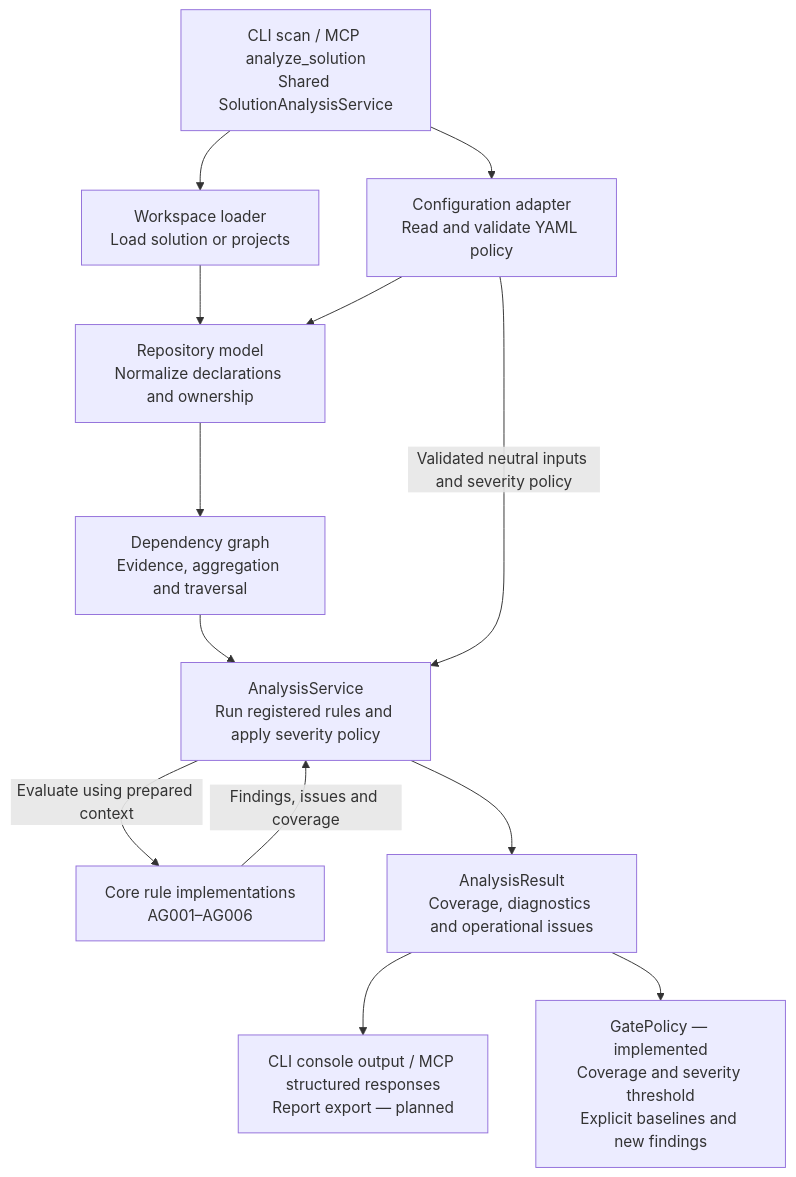
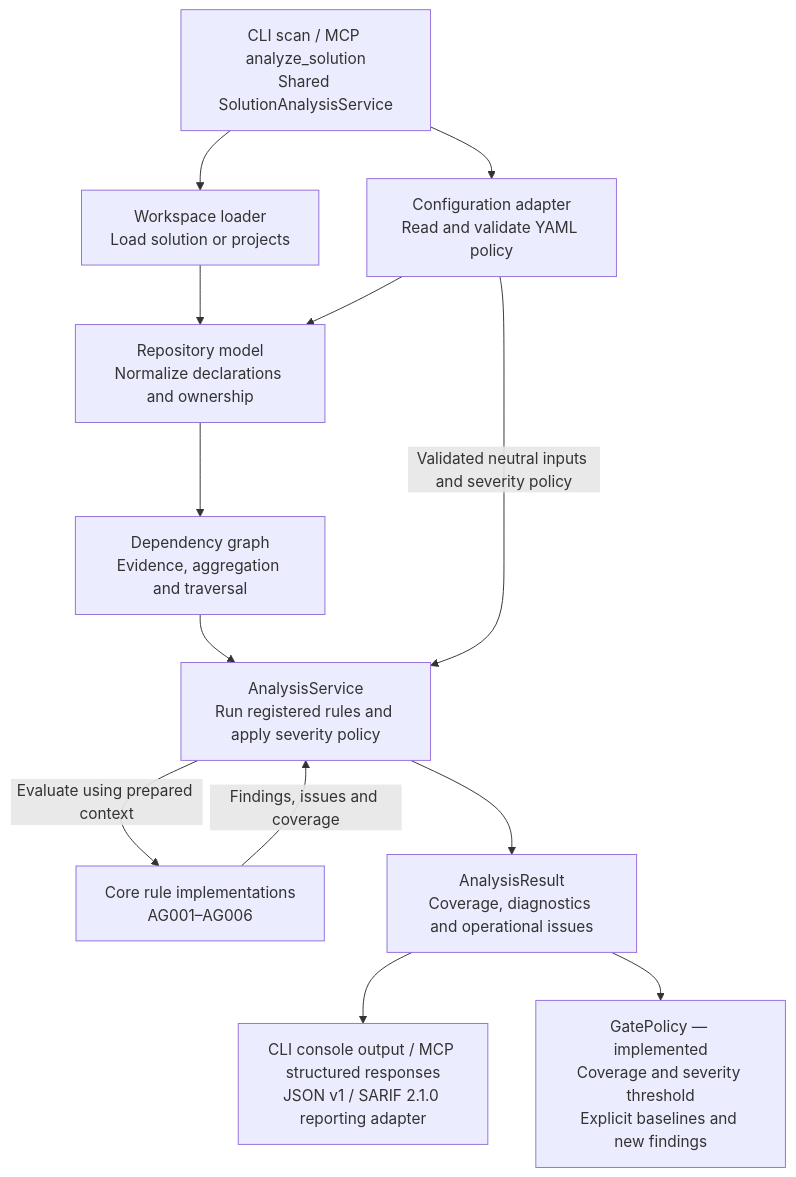
The second of 3 diagrams in docs/architecture/overview.md (kbourzayq/arch-guard), drawn with Mermaid before and after one commit. The commit also changed other lines of this file and 51 other files, not shown here.

First line of the commit message:
feat(reporting): export versioned JSON and SARIF reports

````diff
--- a/docs/architecture/overview.md
+++ b/docs/architecture/overview.md
@@ -157,26 +162,26 @@
 ```mermaid
 flowchart TD
     Host["CLI scan / MCP analyze_solution<br/>Shared SolutionAnalysisService"]
     Configuration["Configuration adapter<br/>Read and validate YAML policy"]
     Workspace["Workspace loader<br/>Load solution or projects"]
     Context["Repository model<br/>Normalize declarations and ownership"]
     Graph["Dependency graph<br/>Evidence, aggregation and traversal"]
     Service["AnalysisService<br/>Run registered rules and apply severity policy"]
     Rules["Core rule implementations<br/>AG001–AG006"]
     Result["AnalysisResult<br/>Coverage, diagnostics and operational issues"]
-    Output["CLI console output / MCP structured responses<br/>Report export — planned"]
+    Output["CLI console output / MCP structured responses<br/>JSON v1 / SARIF 2.1.0 reporting adapter"]
     Gate["GatePolicy — implemented<br/>Coverage and severity threshold<br/>Explicit baselines and new findings"]
 
     Host --> Configuration
     Host --> Workspace
     Workspace --> Context
     Configuration --> Context
     Context --> Graph
     Graph --> Service
     Configuration -->|"Validated neutral inputs and severity policy"| Service
     Service -->|"Evaluate using prepared context"| Rules
     Rules -->|"Findings, issues and coverage"| Service
     Service --> Result
     Result --> Output
     Result --> Gate
 ```
````
